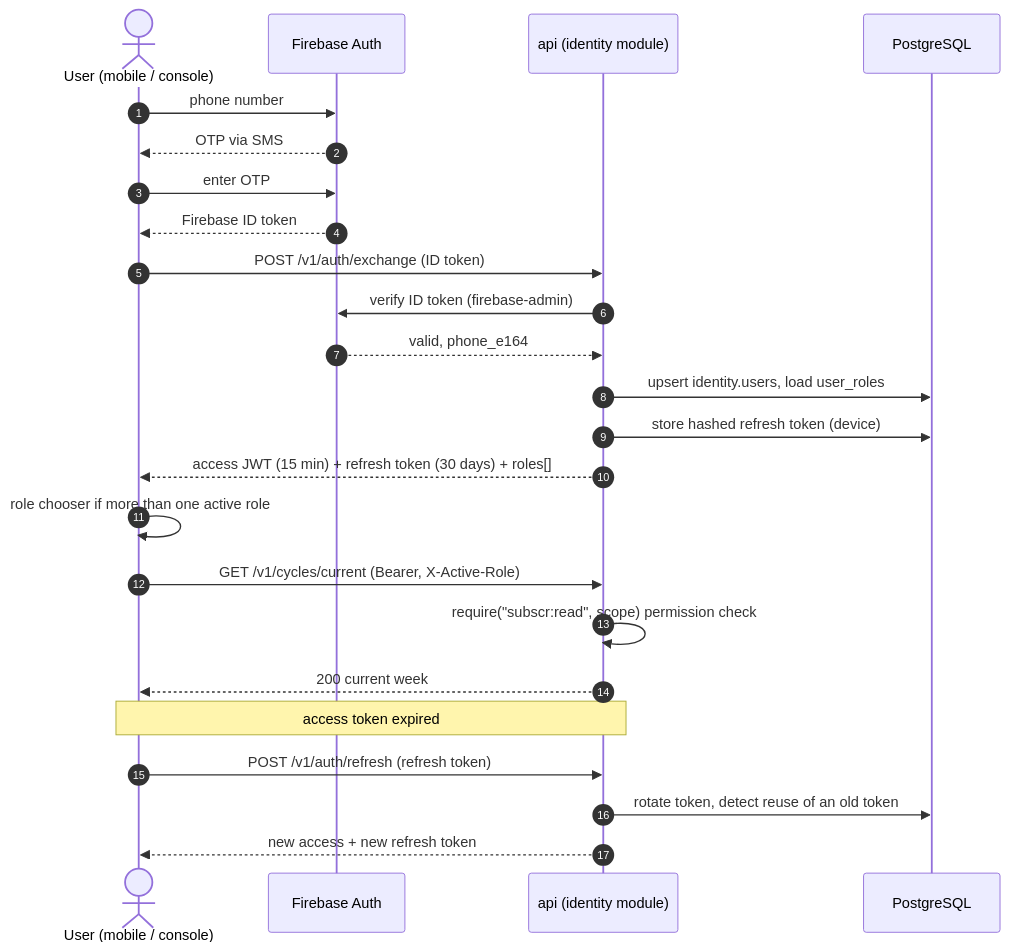
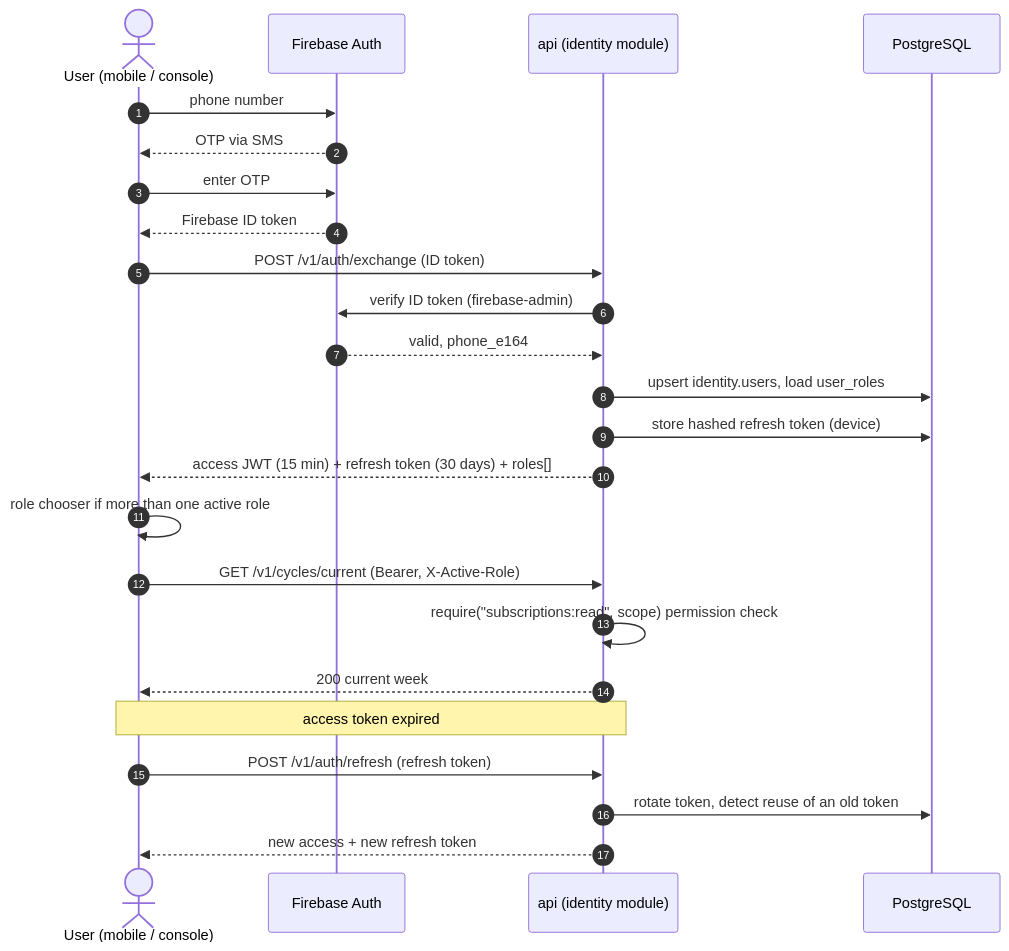
One commit to prelekar7/GharBasket changed the first of 3 diagrams in docs/handbook/10-api-and-integration.md. Above: the diagram before and after it, drawn with Mermaid. The commit also changed other lines of this file and 154 other files, not shown here.

````diff
--- a/docs/handbook/10-api-and-integration.md
+++ b/docs/handbook/10-api-and-integration.md
@@ -32,26 +32,26 @@
 ```mermaid
 sequenceDiagram
     autonumber
     actor U as User (mobile / console)
     participant FB as Firebase Auth
     participant API as api (identity module)
     participant DB as PostgreSQL
     U->>FB: phone number
     FB-->>U: OTP via SMS
     U->>FB: enter OTP
     FB-->>U: Firebase ID token
     U->>API: POST /v1/auth/exchange (ID token)
     API->>FB: verify ID token (firebase-admin)
     FB-->>API: valid, phone_e164
     API->>DB: upsert identity.users, load user_roles
     API->>DB: store hashed refresh token (device)
     API-->>U: access JWT (15 min) + refresh token (30 days) + roles[]
     U->>U: role chooser if more than one active role
     U->>API: GET /v1/cycles/current (Bearer, X-Active-Role)
-    API->>API: require("subscr:read", scope) permission check
+    API->>API: require("subscriptions:read", scope) permission check
     API-->>U: 200 current week
     Note over U,API: access token expired
     U->>API: POST /v1/auth/refresh (refresh token)
     API->>DB: rotate token, detect reuse of an old token
     API-->>U: new access + new refresh token
 ```
````
